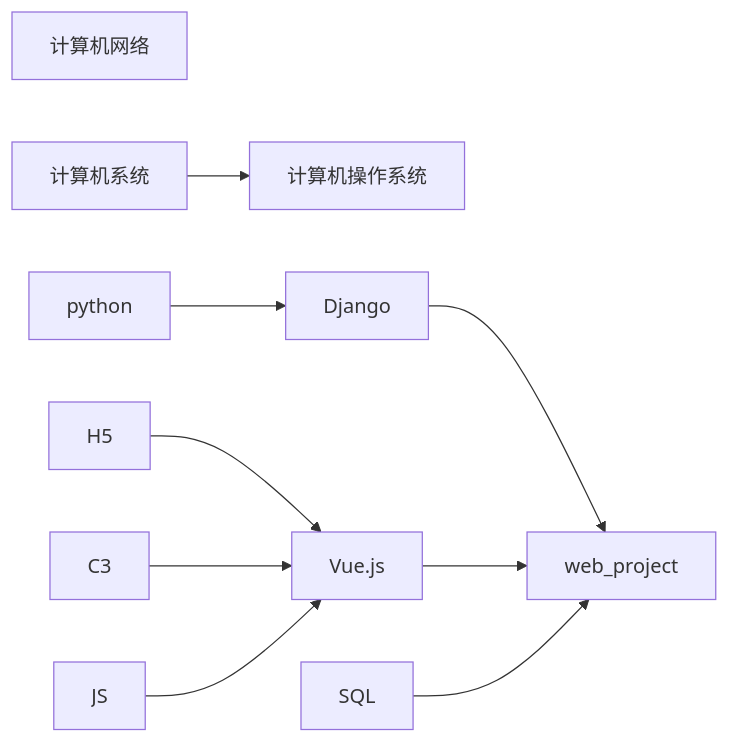
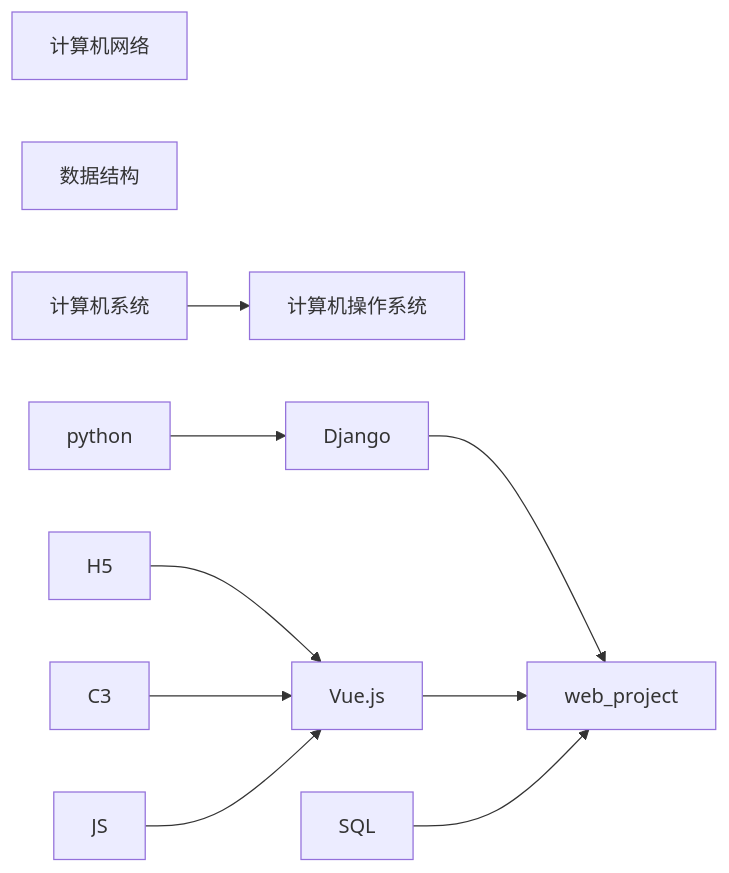
One commit to Real-king-Ph/rkNote changed the diagram in index.md. Above: the diagram before and after it, drawn with Mermaid. The commit also changed other lines of this file, not shown here.

````diff
--- a/index.md
+++ b/index.md
@@ -17,9 +17,9 @@
 ```mermaid
 flowchart LR
 计算机网络
+数据结构
 计算机系统 --> 计算机操作系统
 python --> Django
 H5 & C3 & JS --> Vue.js
 Django & Vue.js & SQL--> web_project
-
 ```
````
